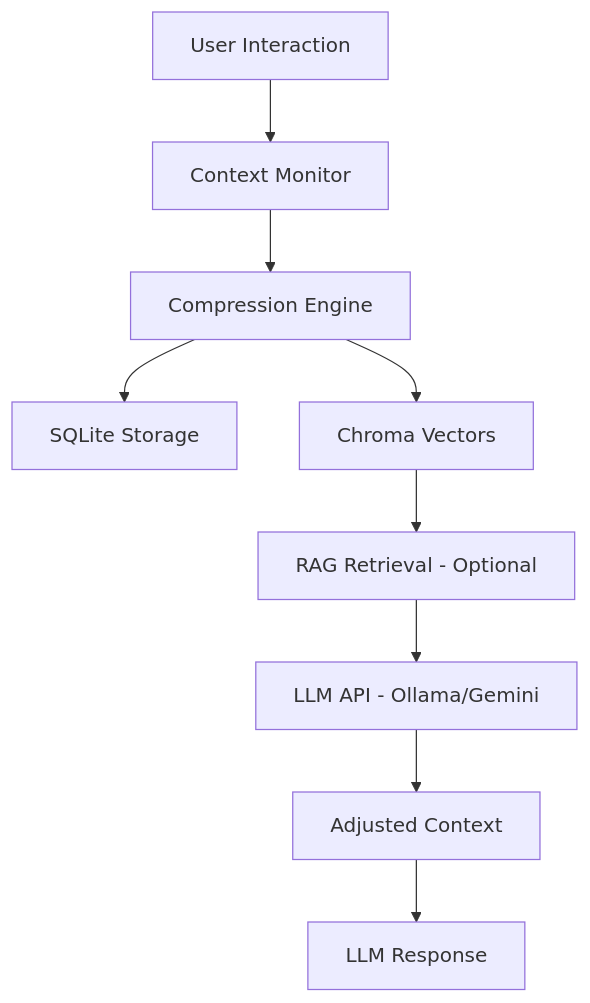
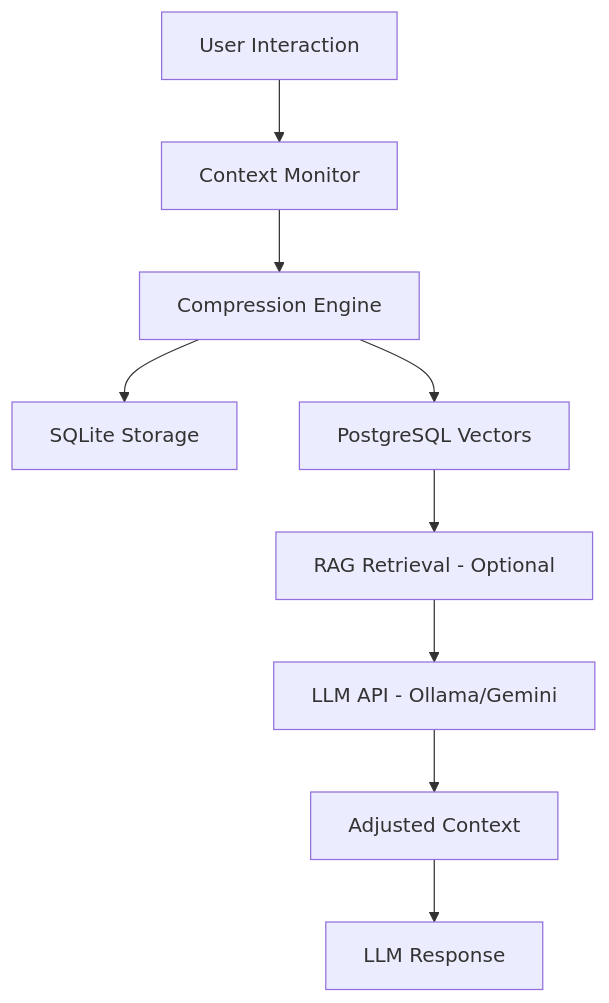
The first of 3 diagrams in CONTEXT_PRD.md (raqkaaq/ArxivResearchAgent), drawn with Mermaid before and after one commit. The commit also changed other lines of this file and 10 other files, not shown here.

````diff
--- a/CONTEXT_PRD.md
+++ b/CONTEXT_PRD.md
@@ -34,11 +34,11 @@
 ```mermaid
 graph TD
     A[User Interaction] --> B[Context Monitor]
     B --> C[Compression Engine]
     C --> D[SQLite Storage]
-    C --> E[Chroma Vectors]
+    C --> E[PostgreSQL Vectors]
     E --> F[RAG Retrieval - Optional]
     F --> G[LLM API - Ollama/Gemini]
     G --> H[Adjusted Context]
     H --> I[LLM Response]
 ```
````
